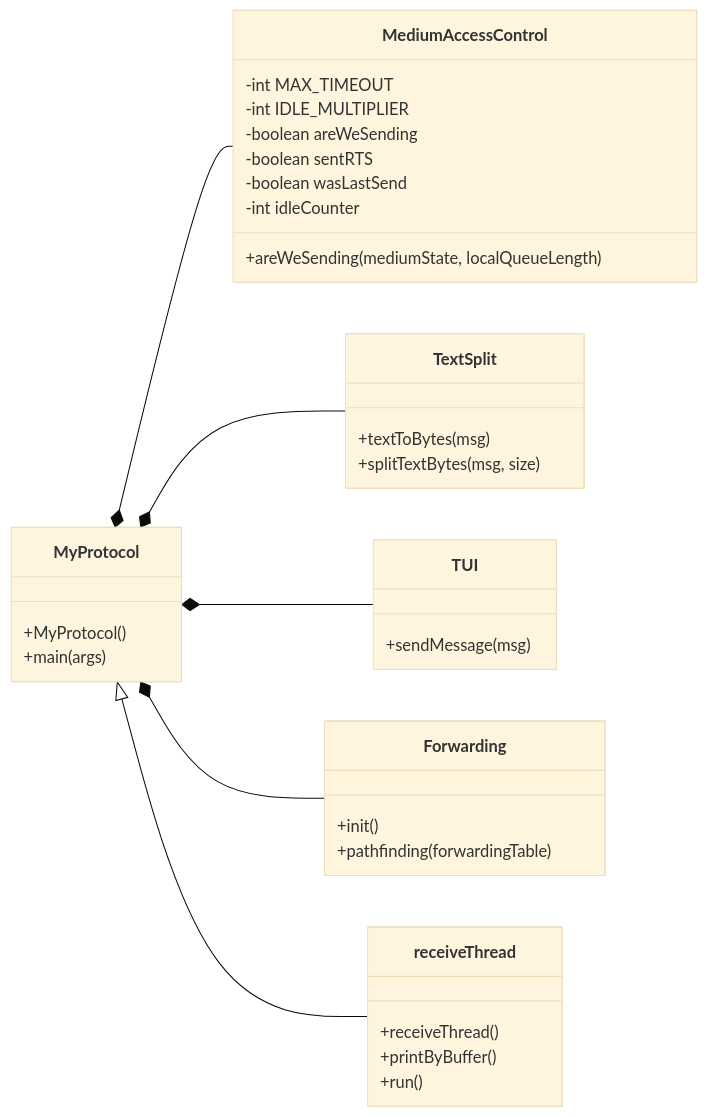
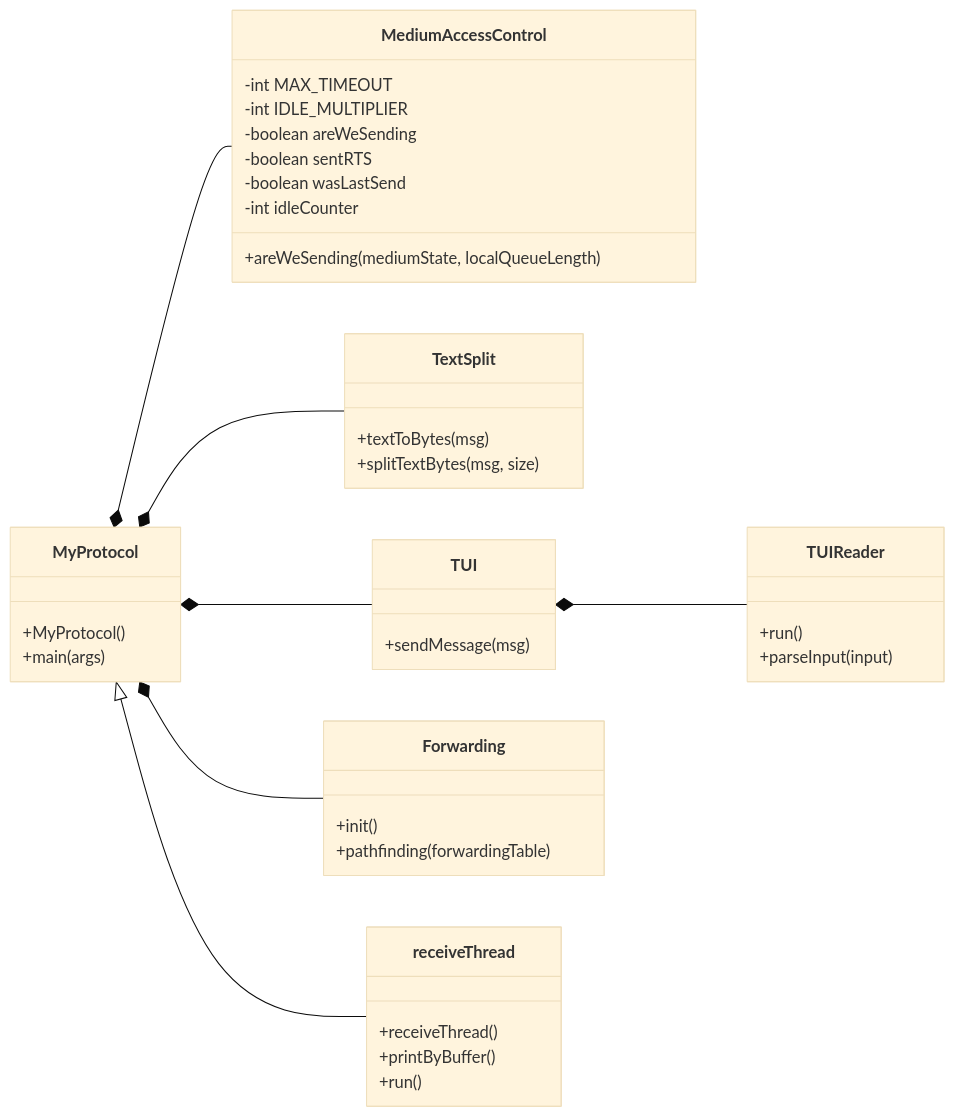
One commit to Traydr/ut-tcs-m3-project-100 changed the diagram in planning.md. Above: the diagram before and after it, drawn with Mermaid (base theme).

Commit message:
add TUIReader to cd

````diff
--- a/planning.md
+++ b/planning.md
@@ -1,46 +1,52 @@
 ```mermaid
 classDiagram
     direction LR
     
     class MyProtocol {
         +MyProtocol()
         +main(args)
     }
     
     class MediumAccessControl{
         -int MAX_TIMEOUT
         -int IDLE_MULTIPLIER    
         -boolean areWeSending
         -boolean sentRTS
         -boolean wasLastSend
         -int idleCounter
         
         +areWeSending(mediumState, localQueueLength)
     }
     
     class TextSplit{
         +textToBytes(msg)
         +splitTextBytes(msg, size)
     }
     
-    class TUI {
+    class TUI{
         +sendMessage(msg)
+    }
+    
+    class TUIReader{
+        +run()
+        +parseInput(input)
     }
     
     class Forwarding{
         +init()
         +pathfinding(forwardingTable)
     }
     
     class receiveThread{
         +receiveThread()
         +printByBuffer()
         +run()
     }
     
     MyProtocol *-- MediumAccessControl
     MyProtocol *-- TextSplit
     MyProtocol *-- TUI
     MyProtocol *-- Forwarding
     MyProtocol <|-- receiveThread
+    TUI *-- TUIReader
 ```
````
